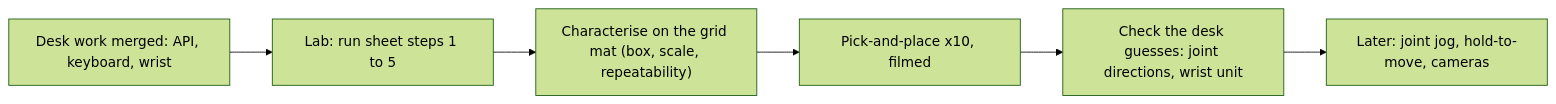
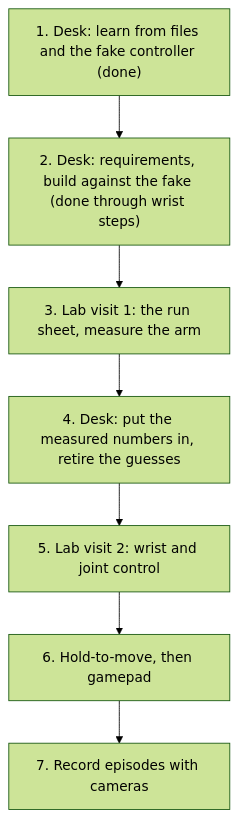
The diagram in docs/STATUS.md (Sebastianr8243/scorbot-er4u-python), drawn with Mermaid (forest theme) before and after one commit. The commit also changed other lines of this file and 35 other files, not shown here.

````diff
--- a/docs/STATUS.md
+++ b/docs/STATUS.md
@@ -42,8 +59,9 @@
 ```mermaid
-flowchart LR
-    M["Desk work merged: API, keyboard, wrist"] --> L["Lab: run sheet steps 1 to 5"]
-    L --> C["Characterise on the grid mat (box, scale, repeatability)"]
-    C --> P["Pick-and-place x10, filmed"]
-    P --> W["Check the desk guesses: joint directions, wrist unit"]
-    W --> V["Later: joint jog, hold-to-move, cameras"]
+flowchart TD
+  P1["1. Desk: learn from files and the fake controller (done)"] --> P2["2. Desk: requirements, build against the fake (done through wrist steps)"]
+  P2 --> P3["3. Lab visit 1: the run sheet, measure the arm"]
+  P3 --> P4["4. Desk: put the measured numbers in, retire the guesses"]
+  P4 --> P5["5. Lab visit 2: wrist and joint control"]
+  P5 --> P6["6. Hold-to-move, then gamepad"]
+  P6 --> P7["7. Record episodes with cameras"]
 ```
````
